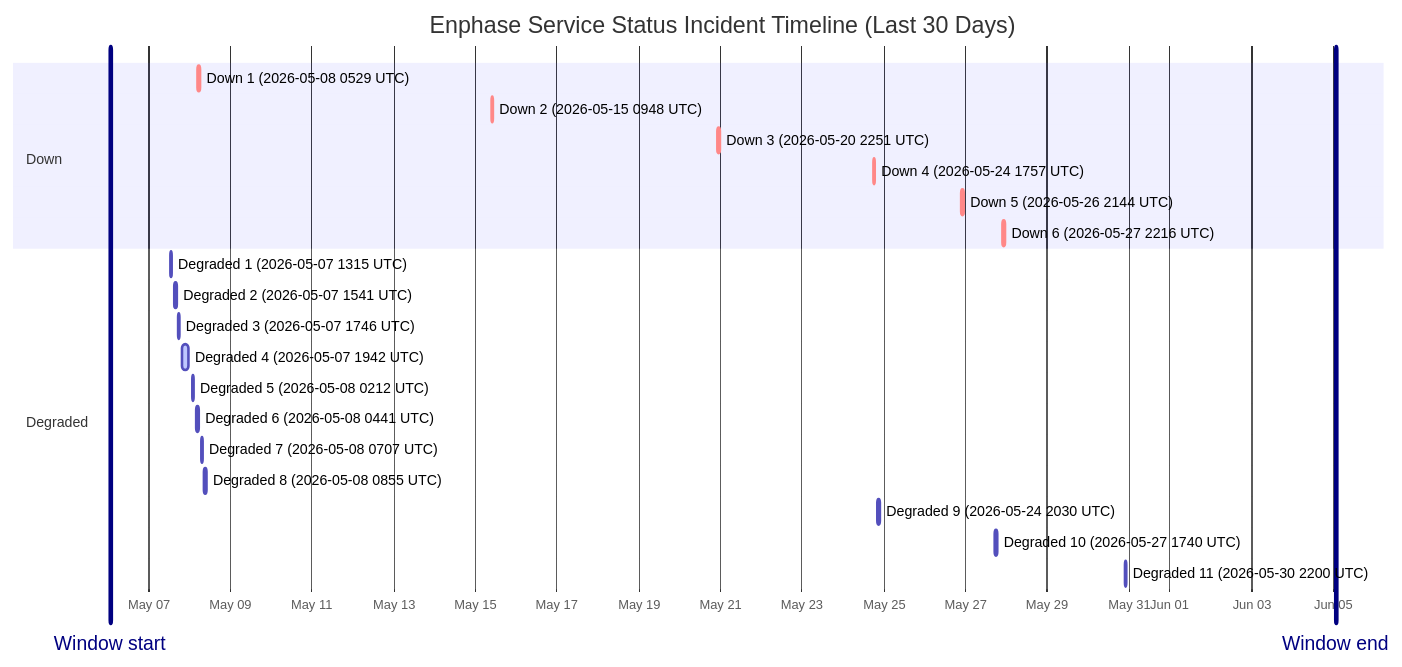
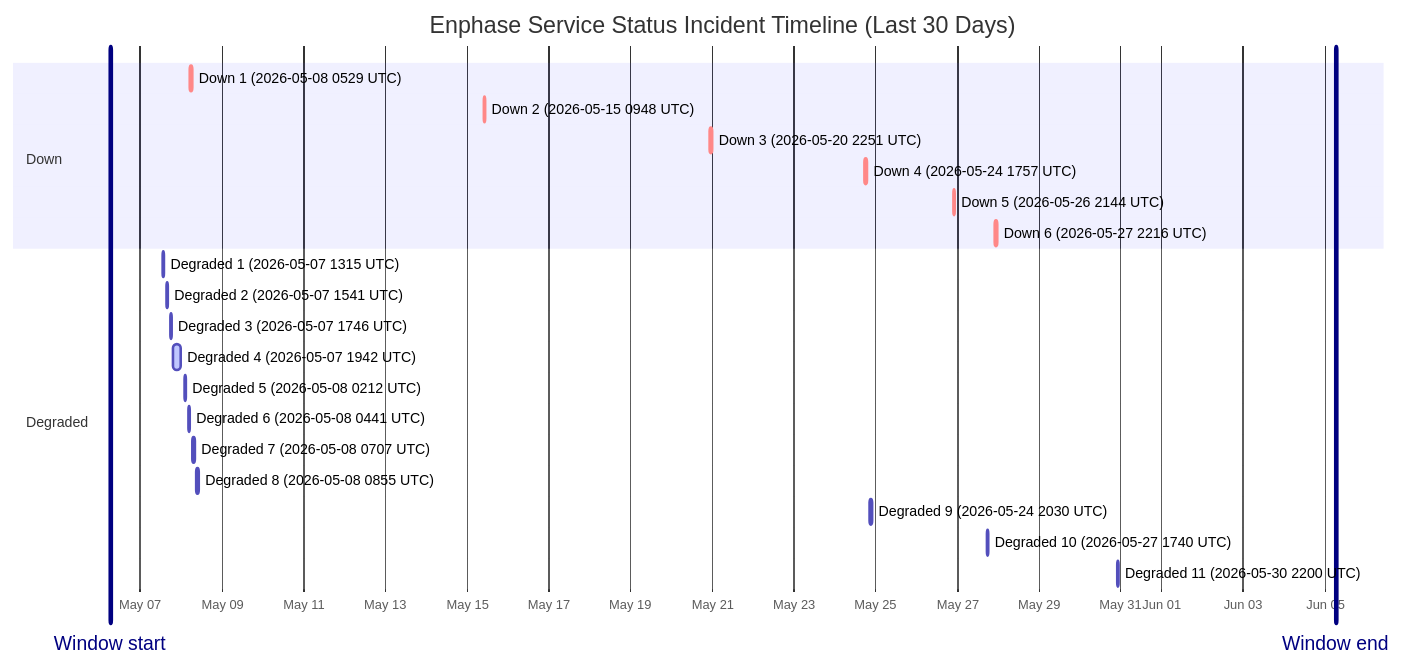
Before and after one commit to barneyonline/ha-enphase-energy: the diagram in wiki/Service-Status-History.md, drawn with Mermaid. The commit also changed other lines of this file and 3 other files, not shown here.

````diff
--- a/wiki/Service-Status-History.md
+++ b/wiki/Service-Status-History.md
@@ -14,27 +14,27 @@
 ```mermaid
 gantt
     title Enphase Service Status Incident Timeline (Last 30 Days)
     dateFormat  YYYY-MM-DDTHH:mm:ss
     axisFormat  %b %d
-    Window start :vert, window-start, 2026-05-06T01:36:12, 0ms
-    Window end :vert, window-end, 2026-06-05T01:36:12, 0ms
+    Window start :vert, window-start, 2026-05-06T06:21:29, 0ms
+    Window end :vert, window-end, 2026-06-05T06:21:29, 0ms
     section Down
     Down 1 (2026-05-08 0529 UTC) :crit, down-1, 2026-05-08T05:29:47, 60m
     Down 2 (2026-05-15 0948 UTC) :crit, down-2, 2026-05-15T09:48:18, 60m
     Down 3 (2026-05-20 2251 UTC) :crit, down-3, 2026-05-20T22:51:14, 75m
     Down 4 (2026-05-24 1757 UTC) :crit, down-4, 2026-05-24T17:57:41, 86m
     Down 5 (2026-05-26 2144 UTC) :crit, down-5, 2026-05-26T21:44:11, 85m
     Down 6 (2026-05-27 2216 UTC) :crit, down-6, 2026-05-27T22:16:53, 87m
     section Degraded
     Degraded 1 (2026-05-07 1315 UTC) :active, degraded-1, 2026-05-07T13:15:25, 60m
     Degraded 2 (2026-05-07 1541 UTC) :active, degraded-2, 2026-05-07T15:41:58, 60m
     Degraded 3 (2026-05-07 1746 UTC) :active, degraded-3, 2026-05-07T17:46:51, 60m
     Degraded 4 (2026-05-07 1942 UTC) :active, degraded-4, 2026-05-07T19:42:10, 249m
     Degraded 5 (2026-05-08 0212 UTC) :active, degraded-5, 2026-05-08T02:12:39, 60m
     Degraded 6 (2026-05-08 0441 UTC) :active, degraded-6, 2026-05-08T04:41:46, 60m
     Degraded 7 (2026-05-08 0707 UTC) :active, degraded-7, 2026-05-08T07:07:30, 60m
     Degraded 8 (2026-05-08 0855 UTC) :active, degraded-8, 2026-05-08T08:55:20, 88m
     Degraded 9 (2026-05-24 2030 UTC) :active, degraded-9, 2026-05-24T20:30:57, 84m
     Degraded 10 (2026-05-27 1740 UTC) :active, degraded-10, 2026-05-27T17:40:52, 60m
     Degraded 11 (2026-05-30 2200 UTC) :active, degraded-11, 2026-05-30T22:00:37, 60m
 ```
````
